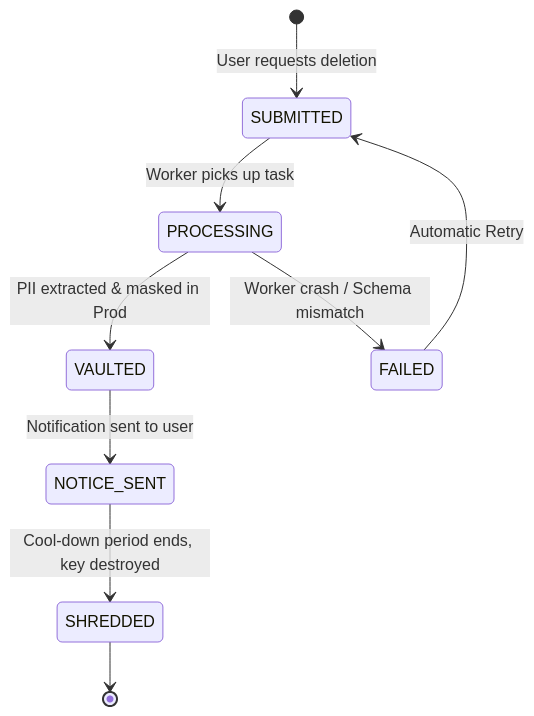
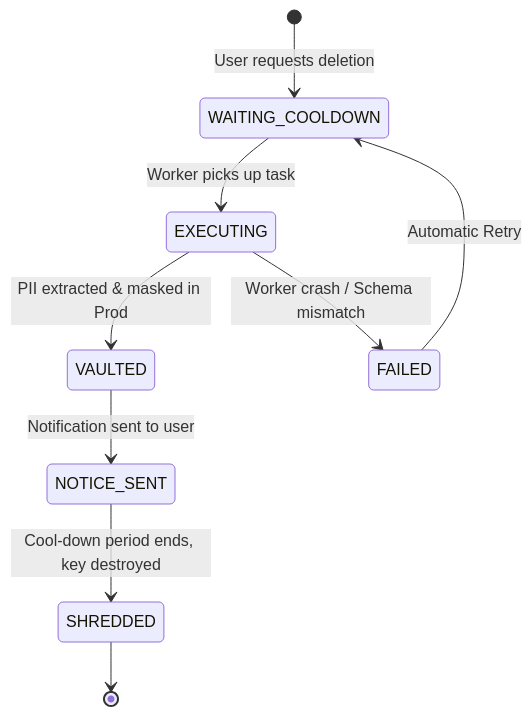
One commit to devxdh/dpdp-erasure-engine changed the diagram in apps/docs/erasure-lifecycle-and-shadow-mode.md. Above: the diagram before and after it, drawn with Mermaid. The commit also changed other lines of this file and 4 other files, not shown here.

````diff
--- a/apps/docs/erasure-lifecycle-and-shadow-mode.md
+++ b/apps/docs/erasure-lifecycle-and-shadow-mode.md
@@ -9,12 +9,12 @@
 ```mermaid
 stateDiagram-v2
-    [*] --> SUBMITTED: User requests deletion
-    SUBMITTED --> PROCESSING: Worker picks up task
-    PROCESSING --> VAULTED: PII extracted & masked in Prod
+    [*] --> WAITING_COOLDOWN: User requests deletion
+    WAITING_COOLDOWN --> EXECUTING: Worker picks up task
+    EXECUTING --> VAULTED: PII extracted & masked in Prod
     VAULTED --> NOTICE_SENT: Notification sent to user
     NOTICE_SENT --> SHREDDED: Cool-down period ends, key destroyed
     SHREDDED --> [*]
     
-    PROCESSING --> FAILED: Worker crash / Schema mismatch
-    FAILED --> SUBMITTED: Automatic Retry
+    EXECUTING --> FAILED: Worker crash / Schema mismatch
+    FAILED --> WAITING_COOLDOWN: Automatic Retry
 ```
````
